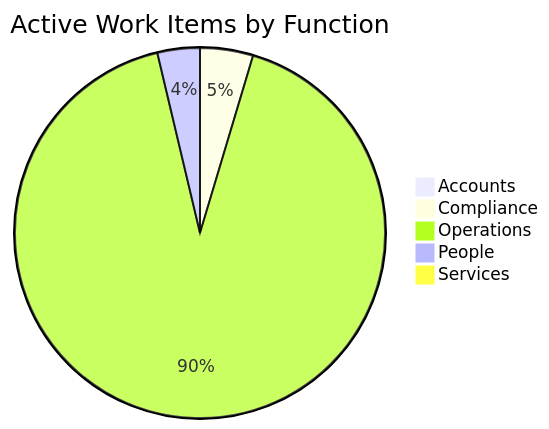
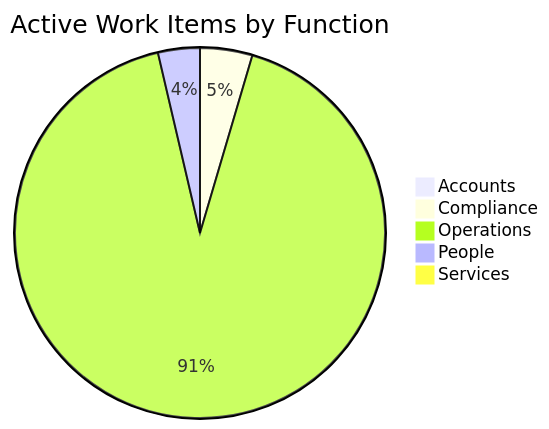
The first of 3 diagrams in dashboard.md (mgosal/5et.uk), drawn with Mermaid before and after one commit. The commit also changed other lines of this file and 3 other files, not shown here.

````diff
--- a/dashboard.md
+++ b/dashboard.md
@@ -433,8 +278,8 @@
 ```mermaid
 pie title Active Work Items by Function
     "Accounts" : 2
     "Compliance" : 10
-    "Operations" : 198
+    "Operations" : 201
     "People" : 8
     "Services" : 1
 ```
````
